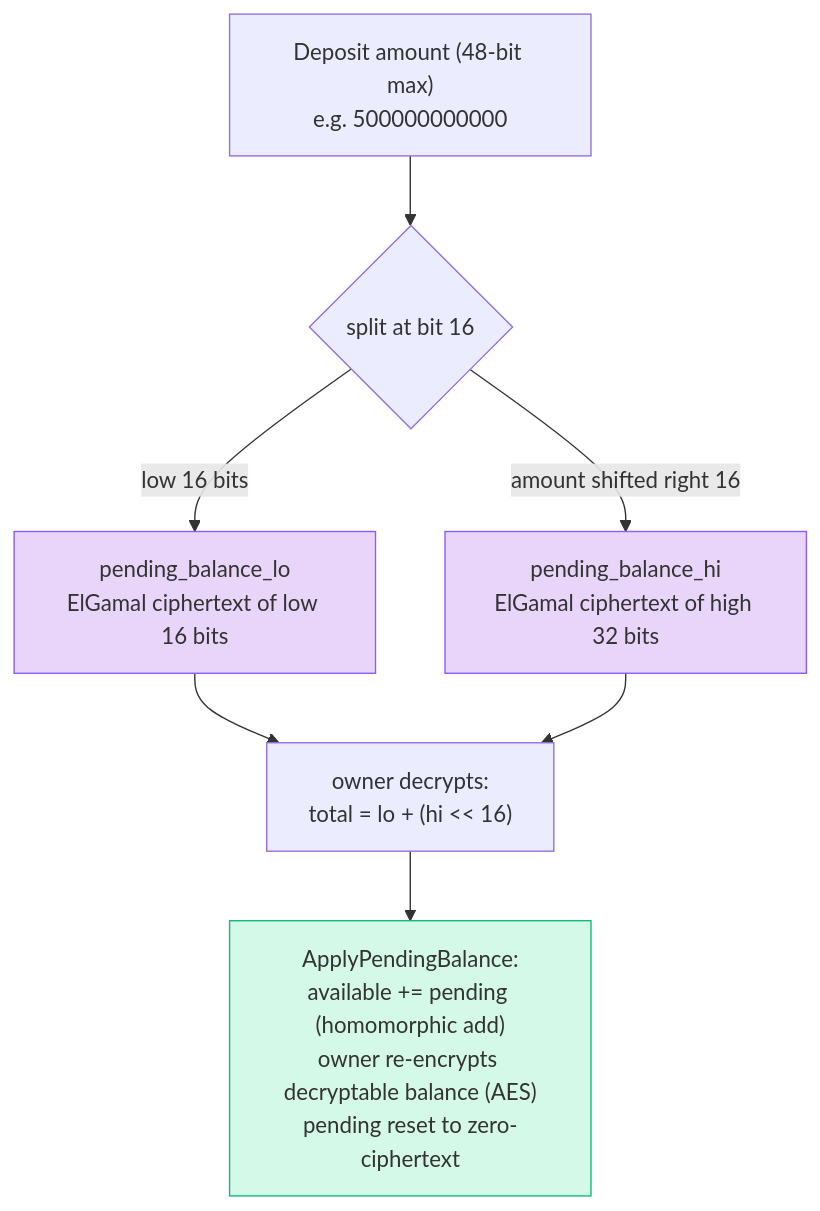
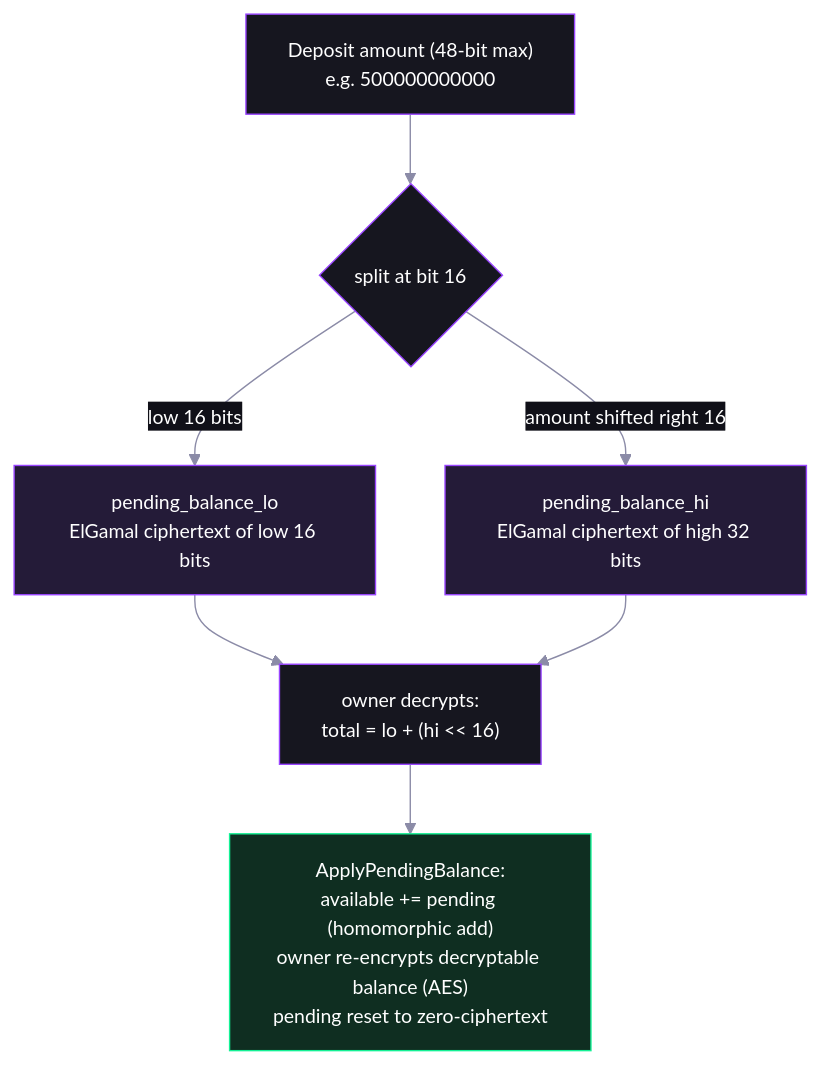
Before and after one commit to catmcgee/confidential-transfers-explorer: the diagram in workshop/03-deposit-and-apply.md, drawn with Mermaid. The commit also changed other lines of this file and 7 other files, not shown here.

````diff
--- a/workshop/03-deposit-and-apply.md
+++ b/workshop/03-deposit-and-apply.md
@@ -24,12 +24,14 @@
 ```mermaid
+%%{init: {'theme':'base','themeVariables':{'background':'transparent','primaryColor':'#16161f','primaryTextColor':'#ffffff','primaryBorderColor':'#9945FF','secondaryColor':'#0f2e21','secondaryTextColor':'#ffffff','secondaryBorderColor':'#14F195','tertiaryColor':'#241b38','tertiaryTextColor':'#ffffff','lineColor':'#8b8ba7','textColor':'#e6e6f0','fontSize':'14px','clusterBkg':'#101018','clusterBorder':'#3a3a4d','edgeLabelBackground':'#101018','actorBkg':'#16161f','actorTextColor':'#ffffff','actorBorder':'#9945FF','signalColor':'#e6e6f0','signalTextColor':'#e6e6f0','noteBkgColor':'#241b38','noteTextColor':'#e6e6f0','noteBorderColor':'#9945FF','labelBoxBkgColor':'#16161f','labelTextColor':'#ffffff','loopTextColor':'#e6e6f0'}}}%%
 flowchart TD
     A["Deposit amount (48-bit max)<br/>e.g. 500000000000"] --> SPLIT{"split at bit 16"}
     SPLIT -->|"low 16 bits"| LO["pending_balance_lo<br/>ElGamal ciphertext of low 16 bits"]
     SPLIT -->|"amount shifted right 16"| HI["pending_balance_hi<br/>ElGamal ciphertext of high 32 bits"]
     LO --> DEC["owner decrypts:<br/>total = lo + (hi << 16)"]
     HI --> DEC
     DEC --> APPLY["ApplyPendingBalance:<br/>available += pending (homomorphic add)<br/>owner re-encrypts decryptable balance (AES)<br/>pending reset to zero-ciphertext"]
-    style LO fill:#e8d5f9,stroke:#8b5cf6
-    style HI fill:#e8d5f9,stroke:#8b5cf6
-    style APPLY fill:#d5f9e8,stroke:#10b981
+    classDef accent fill:#241b38,stroke:#9945FF,color:#ffffff
+    classDef ok fill:#0f2e21,stroke:#14F195,color:#ffffff
+    class LO,HI accent
+    class APPLY ok
 ```
````
